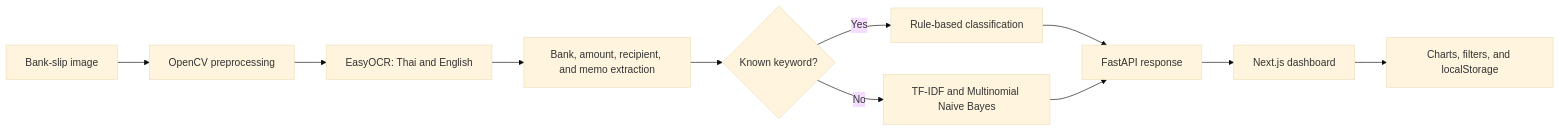
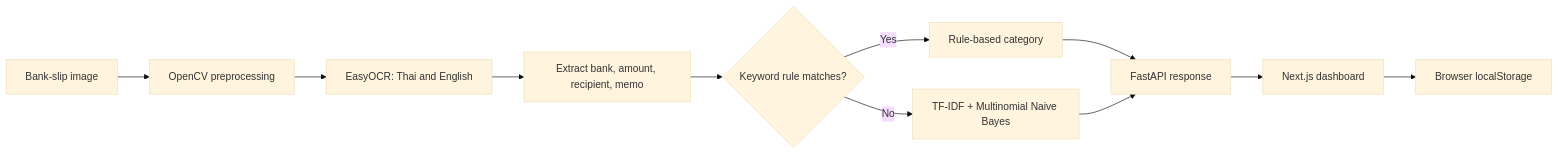
The diagram in README.md (AriyaLuesawat/Project-saijai), drawn with Mermaid (base theme) before and after one commit. The commit also changed other lines of this file and 5 other files, not shown here.

````diff
--- a/README.md
+++ b/README.md
@@ -59,13 +35,13 @@
 ```mermaid
 flowchart LR
     A[Bank-slip image] --> B[OpenCV preprocessing]
     B --> C[EasyOCR: Thai and English]
-    C --> D[Bank, amount, recipient, and memo extraction]
-    D --> E{Known keyword?}
-    E -- Yes --> F[Rule-based classification]
-    E -- No --> G[TF-IDF and Multinomial Naive Bayes]
+    C --> D[Extract bank, amount, recipient, memo]
+    D --> E{Keyword rule matches?}
+    E -- Yes --> F[Rule-based category]
+    E -- No --> G[TF-IDF + Multinomial Naive Bayes]
     F --> H[FastAPI response]
     G --> H
     H --> I[Next.js dashboard]
-    I --> J[Charts, filters, and localStorage]
+    I --> J[Browser localStorage]
 ```
````
